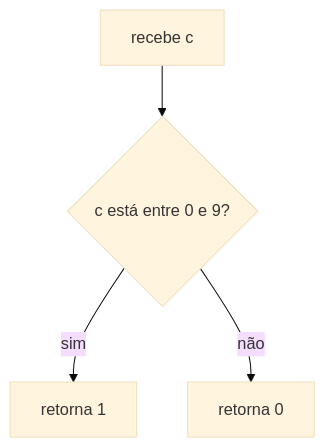
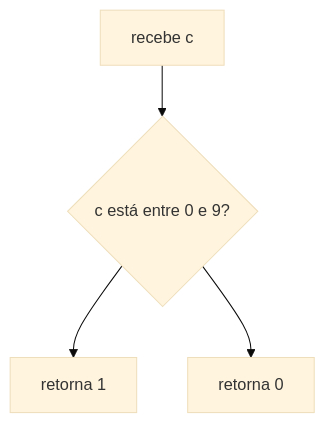
Before and after one commit to ahy-git/docs: the third of 43 diagrams in 1-libft/Readme.md, drawn with Mermaid (base theme). The commit also changed other lines of this file, not shown here.

````diff
--- a/1-libft/Readme.md
+++ b/1-libft/Readme.md
@@ -408,6 +408,6 @@
 ```mermaid
 flowchart TD
 	A["recebe c"] --> B{"c está entre 0 e 9?"}
-	B -- sim --> C["retorna 1"]
-	B -- não --> D["retorna 0"]
+	B --> C["retorna 1"]
+	B --> D["retorna 0"]
 ```
````
